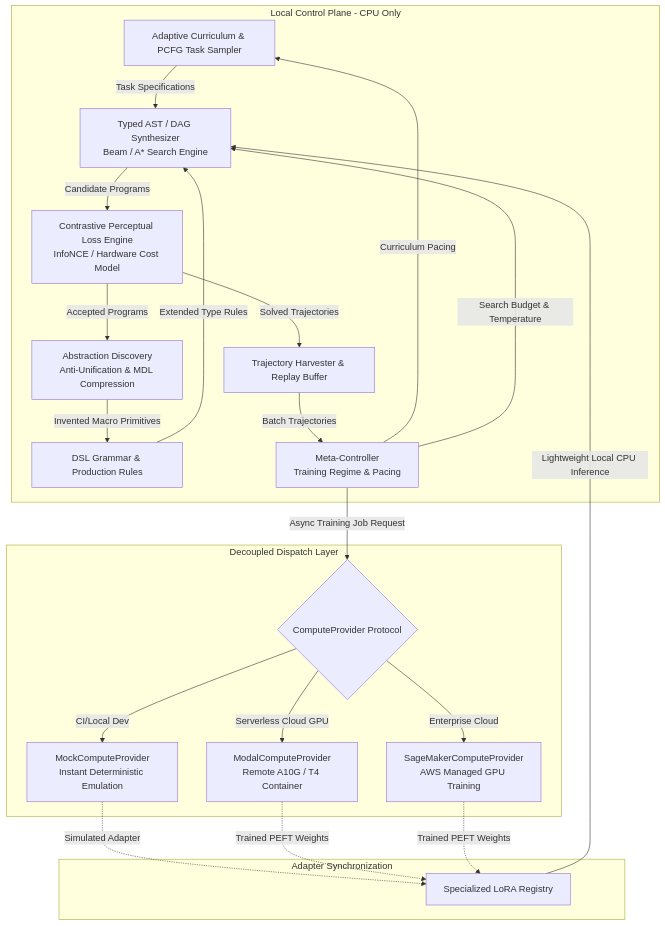
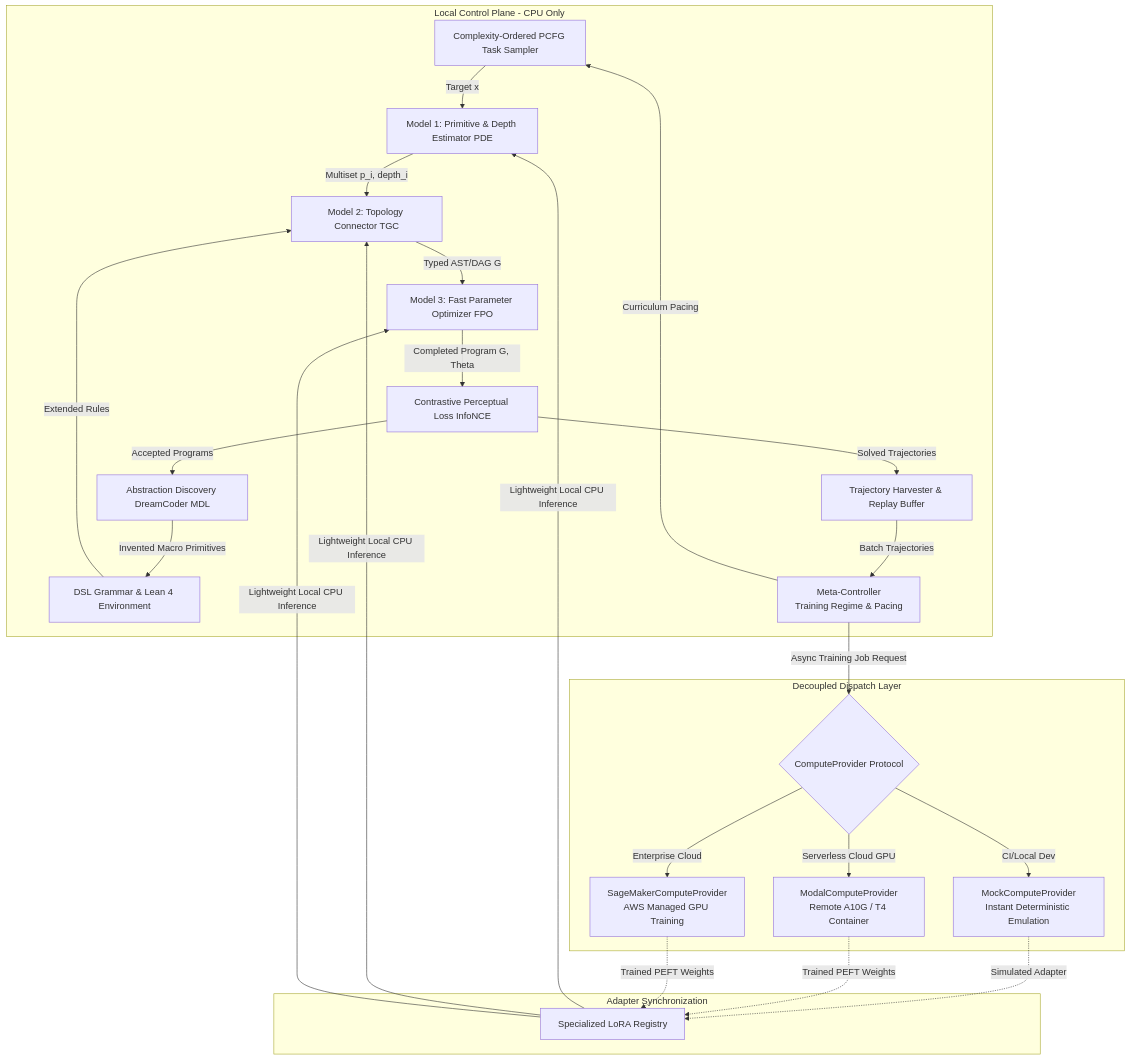
One commit to racoci/symforge changed the first of 2 diagrams in conductor/tracks/curriculum_abstraction_remote_training_202505/spec.md. Above: the diagram before and after it, drawn with Mermaid. The commit also changed other lines of this file and 3 other files, not shown here.

Commit message:
feat(architecture): formalize 3-tier model pipeline and parallel domain curriculum

````diff
--- a/conductor/tracks/curriculum_abstraction_remote_training_202505/spec.md
+++ b/conductor/tracks/curriculum_abstraction_remote_training_202505/spec.md
@@ -58,29 +53,32 @@
 ```mermaid
 graph TD
     subgraph LocalControlPlane [Local Control Plane - CPU Only]
-        AC[Adaptive Curriculum & PCFG Task Sampler] -->|Task Specifications| SYN[Typed AST / DAG Synthesizer<br/>Beam / A* Search Engine]
-        SYN -->|Candidate Programs| EVL[Contrastive Perceptual Loss Engine<br/>InfoNCE / Hardware Cost Model]
+        AC[Complexity-Ordered PCFG Task Sampler] -->|Target x| M1[Model 1: Primitive & Depth Estimator PDE]
+        M1 -->|Multiset p_i, depth_i| M2[Model 2: Topology Connector TGC]
+        M2 -->|Typed AST/DAG G| M3[Model 3: Fast Parameter Optimizer FPO]
+        M3 -->|Completed Program G, Theta| EVL[Contrastive Perceptual Loss InfoNCE]
         EVL -->|Solved Trajectories| HARV[Trajectory Harvester & Replay Buffer]
-        EVL -->|Accepted Programs| ABD[Abstraction Discovery<br/>Anti-Unification & MDL Compression]
-        ABD -->|Invented Macro Primitives| DSL[DSL Grammar & Production Rules]
-        DSL -->|Extended Type Rules| SYN
+        EVL -->|Accepted Programs| ABD[Abstraction Discovery DreamCoder MDL]
+        ABD -->|Invented Macro Primitives| DSL[DSL Grammar & Lean 4 Environment]
+        DSL -->|Extended Rules| M2
         
         MC[Meta-Controller<br/>Training Regime & Pacing] -->|Curriculum Pacing| AC
-        MC -->|Search Budget & Temperature| SYN
         HARV -->|Batch Trajectories| MC
     end
 
     subgraph ComputeDispatchLayer [Decoupled Dispatch Layer]
         MC -->|Async Training Job Request| PROV{ComputeProvider Protocol}
         PROV -->|CI/Local Dev| MOCK[MockComputeProvider<br/>Instant Deterministic Emulation]
         PROV -->|Serverless Cloud GPU| MODAL[ModalComputeProvider<br/>Remote A10G / T4 Container]
         PROV -->|Enterprise Cloud| SMR[SageMakerComputeProvider<br/>AWS Managed GPU Training]
     end
 
     subgraph WeightSync [Adapter Synchronization]
         MOCK -.->|Simulated Adapter| REG[Specialized LoRA Registry]
         MODAL -.->|Trained PEFT Weights| REG
         SMR -.->|Trained PEFT Weights| REG
-        REG -->|Lightweight Local CPU Inference| SYN
+        REG -->|Lightweight Local CPU Inference| M1
+        REG -->|Lightweight Local CPU Inference| M2
+        REG -->|Lightweight Local CPU Inference| M3
     end
 ```
````
